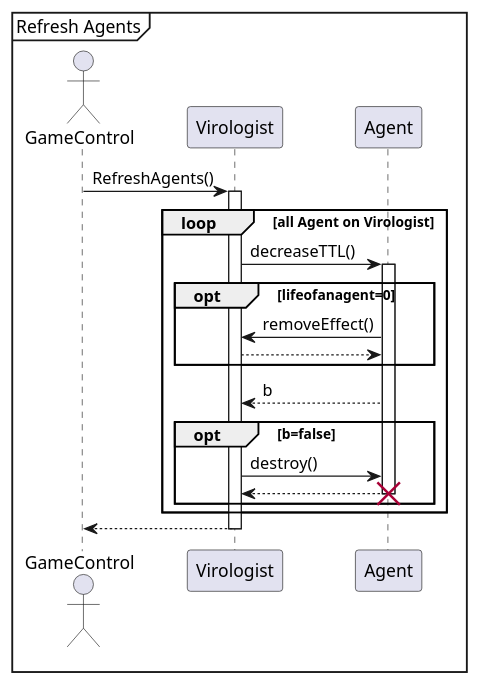
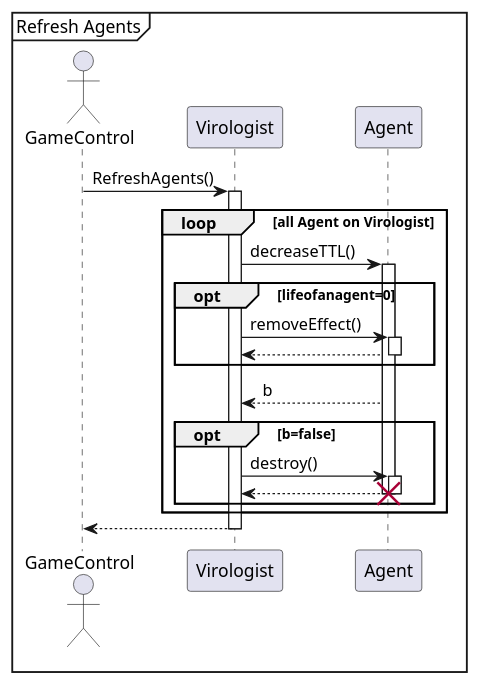
One commit to Projlab-csb/projlab-virologus changed the diagram in sequence-diagram/agent/refreshAgents.puml. Above: the diagram before and after it, drawn with PlantUML. The commit also changed other lines of this file and 3 other files, not shown here.

```diff
--- a/sequence-diagram/agent/refreshAgents.puml
+++ b/sequence-diagram/agent/refreshAgents.puml
@@ -1,34 +1,37 @@
 @startuml
 'https://plantuml.com/sequence-diagram
 
 mainframe Refresh Agents
 
 actor GameControl
 
 
 GameControl->Virologist: RefreshAgents()
 Activate Virologist
     loop all Agent on Virologist
             Virologist->Agent:decreaseTTL()
             Activate Agent
                 opt lifeofanagent=0
                     'TODO: A removeEffect() függvényt az ágensen kell meghívni, és nem a virológuson
                     'TODO: A lifeline-oknak legyen rendesen vége és eleje. Ne legyen egybe az egész
-                    Agent->Virologist:removeEffect()
-                    Virologist-->Agent
+                    Virologist->Agent:removeEffect()
+                    Activate Agent
+                    Agent-->Virologist
+                    Deactivate Agent
                 end
             Agent-->Virologist: b
             opt b=false
             Virologist->Agent:destroy()
+            Activate Agent
             Agent-->Virologist
+            Deactivate Agent
             Destroy Agent
-
             end
             Deactivate Agent
     end
 
 Virologist-->GameControl
 deactivate Virologist
 
 
 @enduml
```
